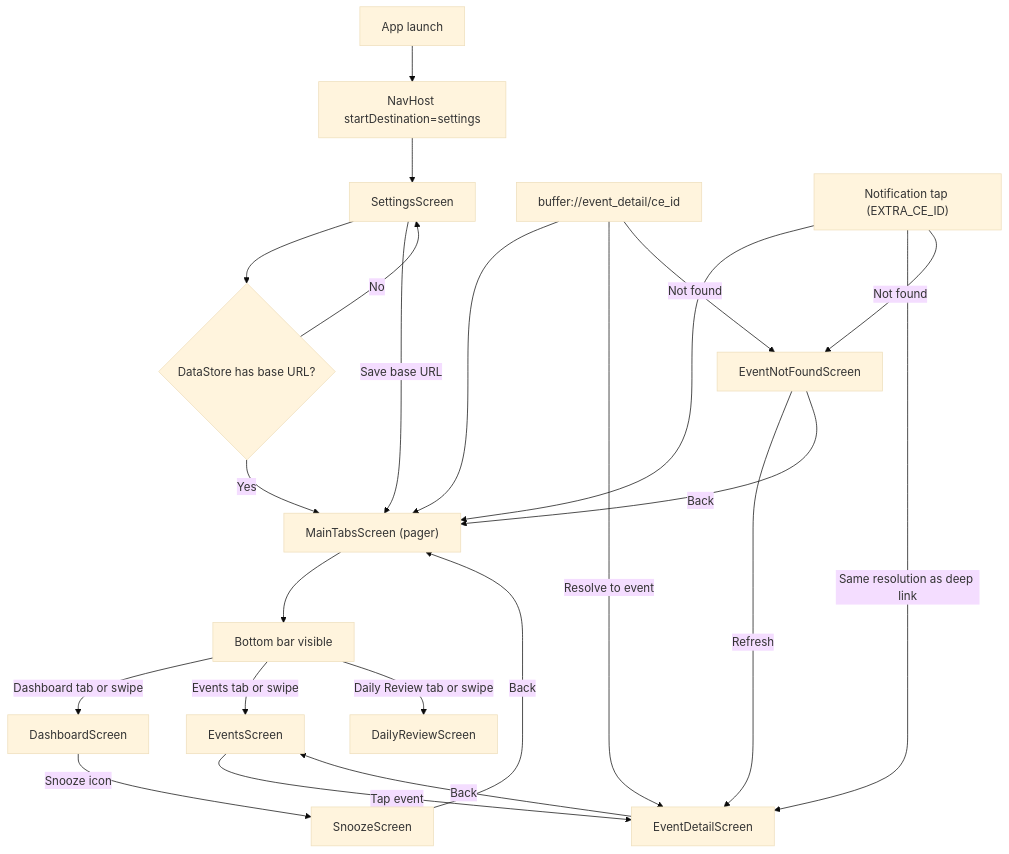
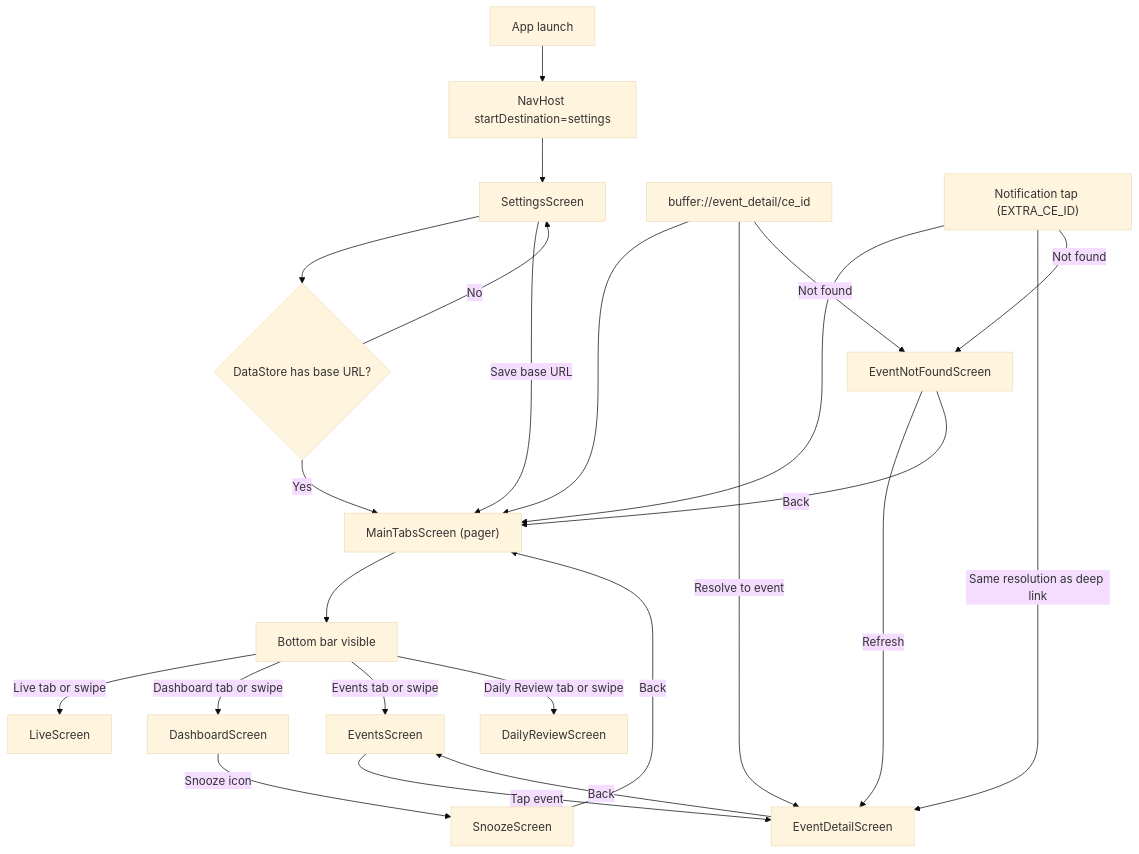
Before and after one commit to jballard86/Frigate_Event_Viewer: the diagram in docs/UI_MAP.md, drawn with Mermaid (base theme). The commit also changed other lines of this file and 8 other files, not shown here.

````diff
--- a/docs/UI_MAP.md
+++ b/docs/UI_MAP.md
@@ -31,36 +31,38 @@
 ```mermaid
 flowchart TD
     appLaunch["App launch"]
     navHost["NavHost startDestination=settings"]
     hasBaseUrl{"DataStore has base URL?"}
     settingsScreen["SettingsScreen"]
     mainTabs["MainTabsScreen (pager)"]
+    live["LiveScreen"]
     dashboard["DashboardScreen"]
     events["EventsScreen"]
     dailyReview["DailyReviewScreen"]
     eventDetail["EventDetailScreen"]
     bottomBar["Bottom bar visible"]
 
     appLaunch --> navHost
     navHost --> settingsScreen
     settingsScreen --> hasBaseUrl
     hasBaseUrl -->|Yes| mainTabs
     hasBaseUrl -->|No| settingsScreen
     settingsScreen -->|Save base URL| mainTabs
     mainTabs --> bottomBar
+    bottomBar -->|Live tab or swipe| live
     bottomBar -->|Dashboard tab or swipe| dashboard
     bottomBar -->|Events tab or swipe| events
     bottomBar -->|Daily Review tab or swipe| dailyReview
     events -->|Tap event| eventDetail
     eventDetail -->|Back| events
     deeplink["buffer://event_detail/ce_id"] --> mainTabs
     deeplink -->|Resolve to event| eventDetail
     deeplink -->|Not found| eventNotFound["EventNotFoundScreen"]
     notificationTap["Notification tap (EXTRA_CE_ID)"] --> mainTabs
     notificationTap -->|Same resolution as deep link| eventDetail
     notificationTap -->|Not found| eventNotFound
     eventNotFound -->|Refresh| eventDetail
     eventNotFound -->|Back| mainTabs
     dashboard -->|Snooze icon| snooze["SnoozeScreen"]
     snooze -->|Back| mainTabs
 ```
````
